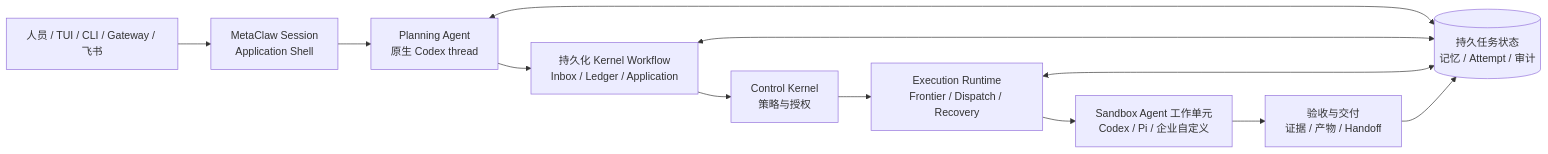
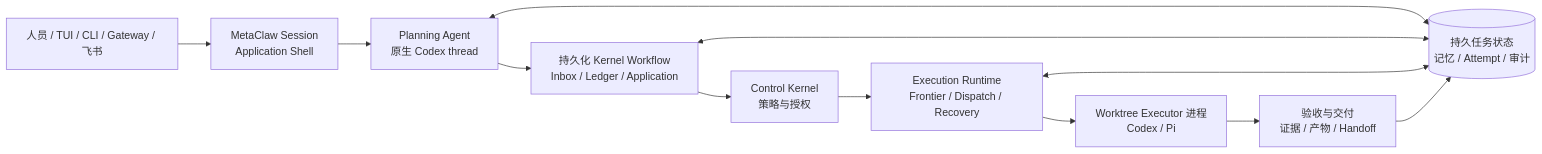
One commit to IFOSR/metawork changed the diagram in README.zh-CN.md. Above: the diagram before and after it, drawn with Mermaid. The commit also changed other lines of this file and 26 other files, not shown here.

````diff
--- a/README.zh-CN.md
+++ b/README.zh-CN.md
@@ -57,16 +57,16 @@
 ```mermaid
 flowchart LR
   Intake[人员 / TUI / CLI / Gateway / 飞书] --> Session[MetaClaw Session<br/>Application Shell]
   Session --> Planning[Planning Agent<br/>原生 Codex thread]
   Planning --> Workflow[持久化 Kernel Workflow<br/>Inbox / Ledger / Application]
   Workflow --> Kernel[Control Kernel<br/>策略与授权]
   Kernel --> Runtime[Execution Runtime<br/>Frontier / Dispatch / Recovery]
-  Runtime --> Agents[Sandbox Agent 工作单元<br/>Codex / Pi / 企业自定义]
+  Runtime --> Agents[Worktree Executor 进程<br/>Codex / Pi]
   Agents --> Verify[验收与交付<br/>证据 / 产物 / Handoff]
 
   State[(持久任务状态<br/>记忆 / Attempt / 审计)]
   Planning <--> State
   Workflow <--> State
   Runtime <--> State
   Verify --> State
 ```
````
